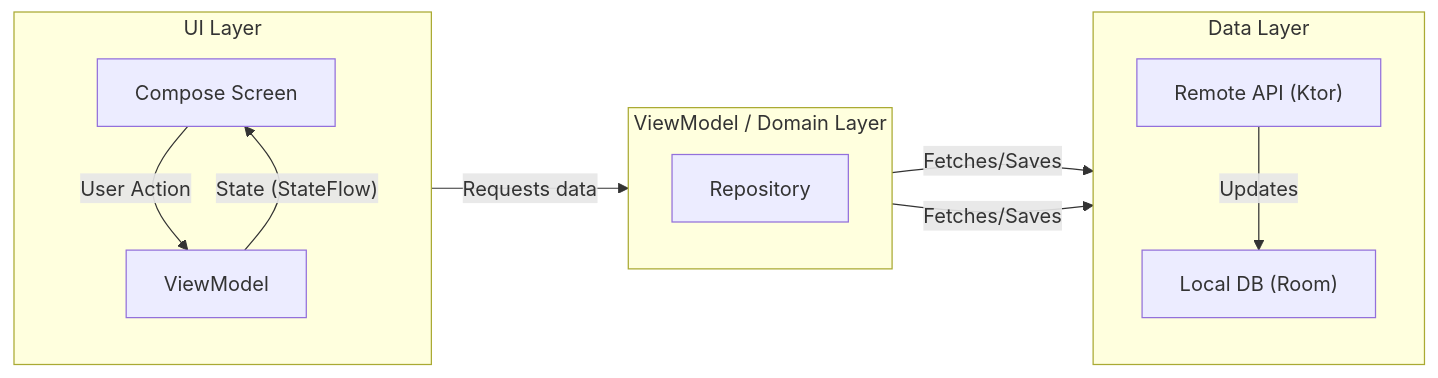
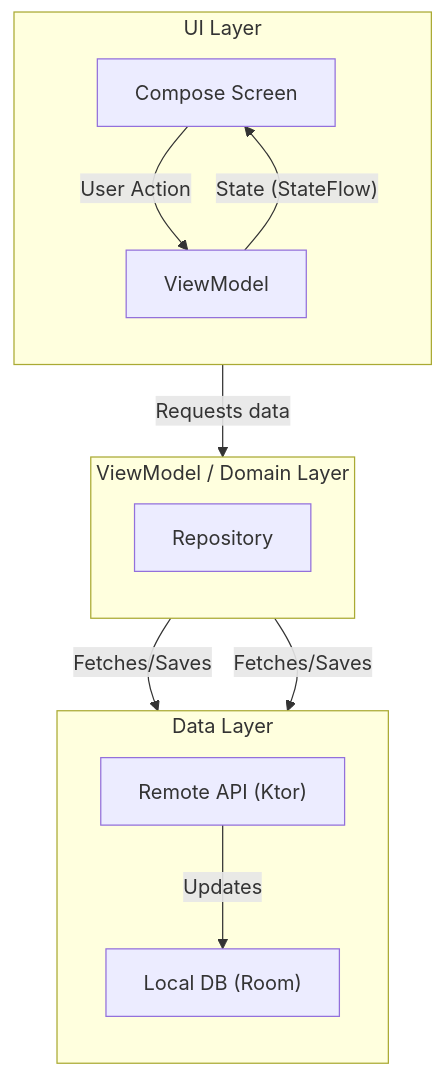
The diagram in README.md (ilropd/android_practics), drawn with Mermaid before and after one commit.

Commit message:
README changed

````diff
--- a/README.md
+++ b/README.md
@@ -65,20 +65,20 @@
 ```mermaid
-graph LR;
+graph TB;
     subgraph UI Layer
         direction TB
         Screen[Compose Screen] -- "User Action" --> ViewModel;
         ViewModel -- "State (StateFlow)" --> Screen;
     end
 
     subgraph "ViewModel / Domain Layer"
         direction TB
         ViewModel -- "Requests data" --> Repository;
     end
 
     subgraph Data Layer
         direction TB
         Repository -- "Fetches/Saves" --> ApiService["Remote API (Ktor)"];
         Repository -- "Fetches/Saves" --> Database["Local DB (Room)"];
         ApiService -- "Updates" --> Database;
     end
 ```
````
